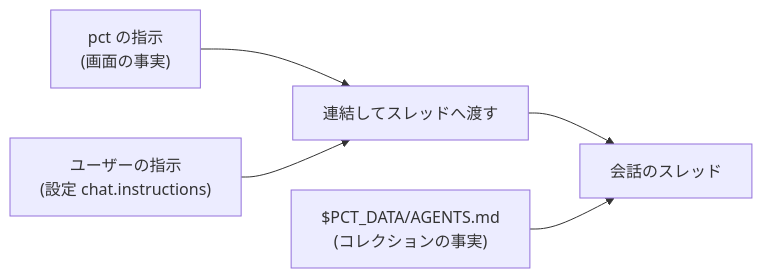
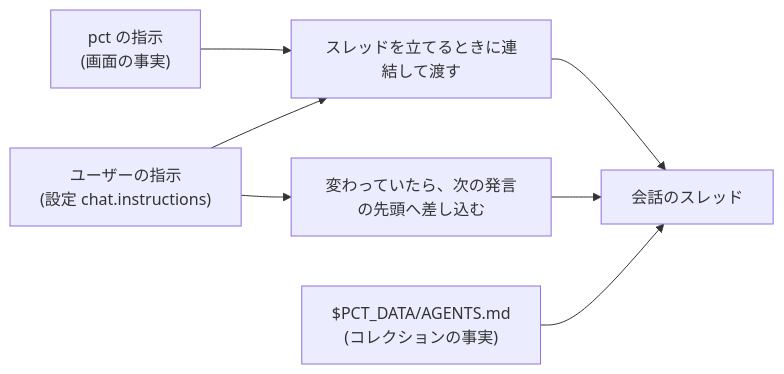
Before and after one commit to MatchaChoco010/carrel: the diagram in docs/design/0014_chat_instructions.md, drawn with Mermaid. The commit also changed other lines of this file, not shown here.

````diff
--- a/docs/design/0014_chat_instructions.md
+++ b/docs/design/0014_chat_instructions.md
@@ -52,7 +55,9 @@
 ```mermaid
 flowchart LR
-  A["pct の指示<br/>(画面の事実)"] --> C["連結してスレッドへ渡す"]
+  A["pct の指示<br/>(画面の事実)"] --> C["スレッドを立てるときに連結して渡す"]
   B["ユーザーの指示<br/>(設定 chat.instructions)"] --> C
+  B --> F["変わっていたら、次の発言の先頭へ差し込む"]
   C --> D["会話のスレッド"]
+  F --> D
   E["$PCT_DATA/AGENTS.md<br/>(コレクションの事実)"] --> D
 ```
````
